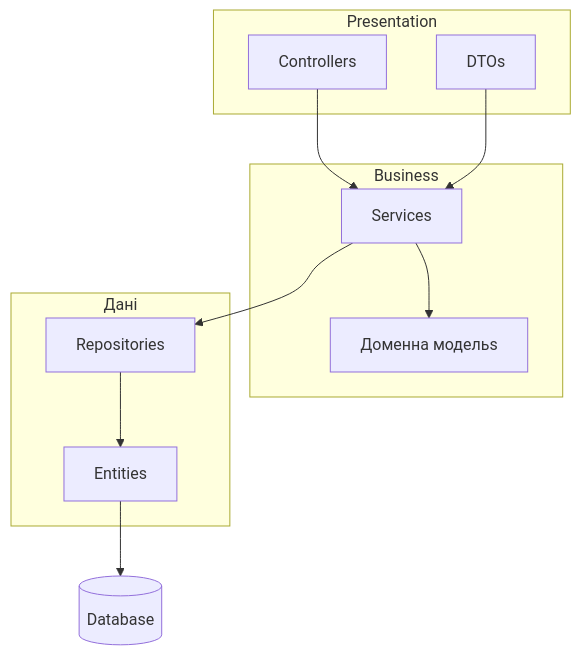
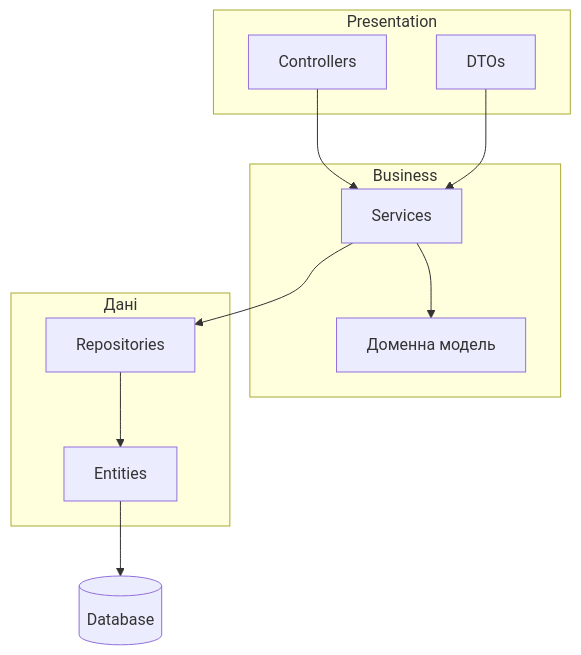
One commit to olroi421/course-tprmr changed the fifth of 5 diagrams in presentation-01.md. Above: the diagram before and after it, drawn with Mermaid.

````diff
--- a/presentation-01.md
+++ b/presentation-01.md
@@ -707,24 +707,24 @@
 ```mermaid
 graph TB
     subgraph Presentation
         A[Controllers]
         B[DTOs]
     end
 
     subgraph Business
         C[Services]
-        D[Доменна модельs]
+        D[Доменна модель]
     end
 
     subgraph Дані
         E[Repositories]
         F[Entities]
     end
 
     A --> C
     B --> C
     C --> D
     C --> E
     E --> F
     F --> G[(Database)]
 ```
````
